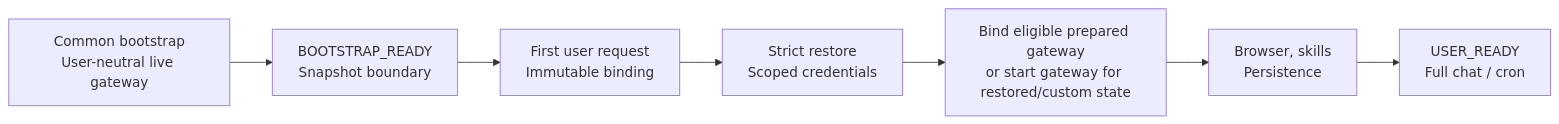
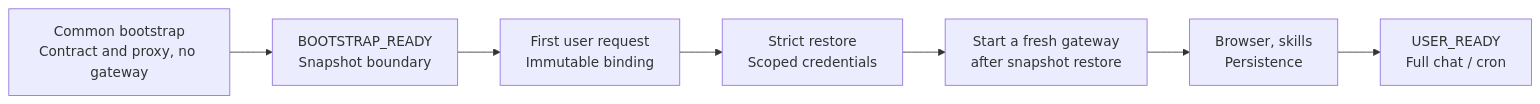
One commit to aws-samples/sample-host-openclaw-on-amazon-bedrock-agentcore changed the sixth of 6 diagrams in docs/architecture-detailed.md. Above: the diagram before and after it, drawn with Mermaid. The commit also changed 7 other files, not shown here.

First line of the commit message:
fix(v2): never bind a user to the pre-snapshot live seed gateway (#177)

````diff
--- a/docs/architecture-detailed.md
+++ b/docs/architecture-detailed.md
@@ -181,9 +181,9 @@
 ```mermaid
 flowchart LR
-    B["Common bootstrap<br/>User-neutral live gateway"] --> S["BOOTSTRAP_READY<br/>Snapshot boundary"]
+    B["Common bootstrap<br/>Contract and proxy, no gateway"] --> S["BOOTSTRAP_READY<br/>Snapshot boundary"]
     S --> R["First user request<br/>Immutable binding"]
     R --> A["Strict restore<br/>Scoped credentials"]
-    A --> G["Bind eligible prepared gateway<br/>or start gateway for restored/custom state"]
+    A --> G["Start a fresh gateway<br/>after snapshot restore"]
     G --> P["Browser, skills<br/>Persistence"]
     P --> U["USER_READY<br/>Full chat / cron"]
 ```
````
